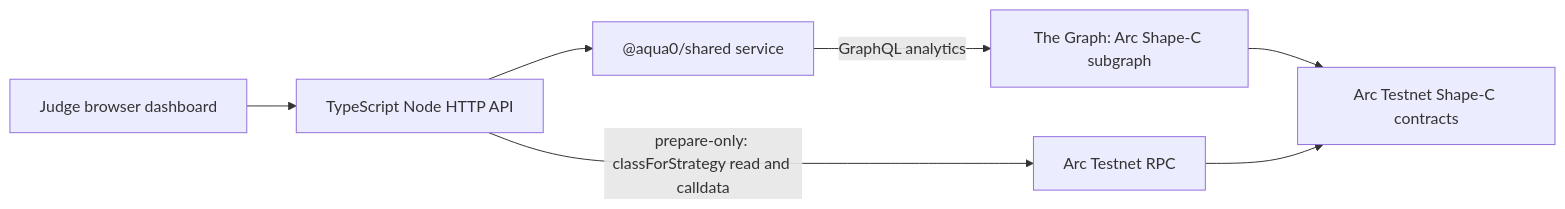
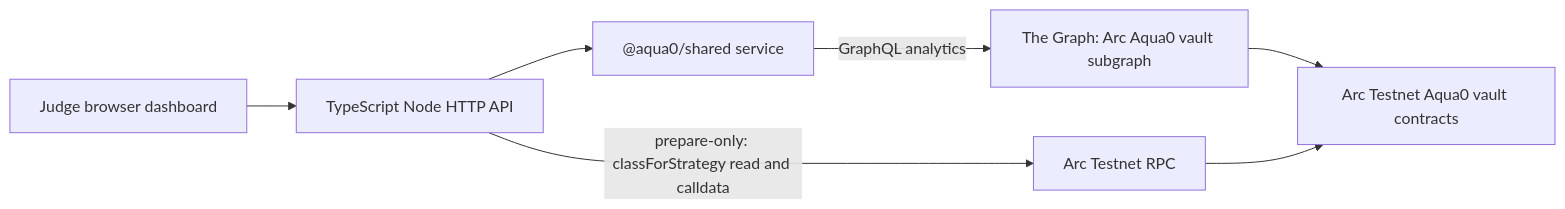
One commit to Aqua0-fi/aqua0-ethglobal changed the diagram in docs/ARC_TRACK.md. Above: the diagram before and after it, drawn with Mermaid. The commit also changed other lines of this file and 17 other files, not shown here.

````diff
--- a/docs/ARC_TRACK.md
+++ b/docs/ARC_TRACK.md
@@ -30,9 +30,9 @@
 ```mermaid
 flowchart LR
   D["Judge browser dashboard"] --> API["TypeScript Node HTTP API"]
   API --> S["@aqua0/shared service"]
-  S -->|"GraphQL analytics"| G["The Graph: Arc Shape-C subgraph"]
-  G --> A["Arc Testnet Shape-C contracts"]
+  S -->|"GraphQL analytics"| G["The Graph: Arc Aqua0 vault subgraph"]
+  G --> A["Arc Testnet Aqua0 vault contracts"]
   API -->|"prepare-only: classForStrategy read and calldata"| R["Arc Testnet RPC"]
   R --> A
 ```
````
